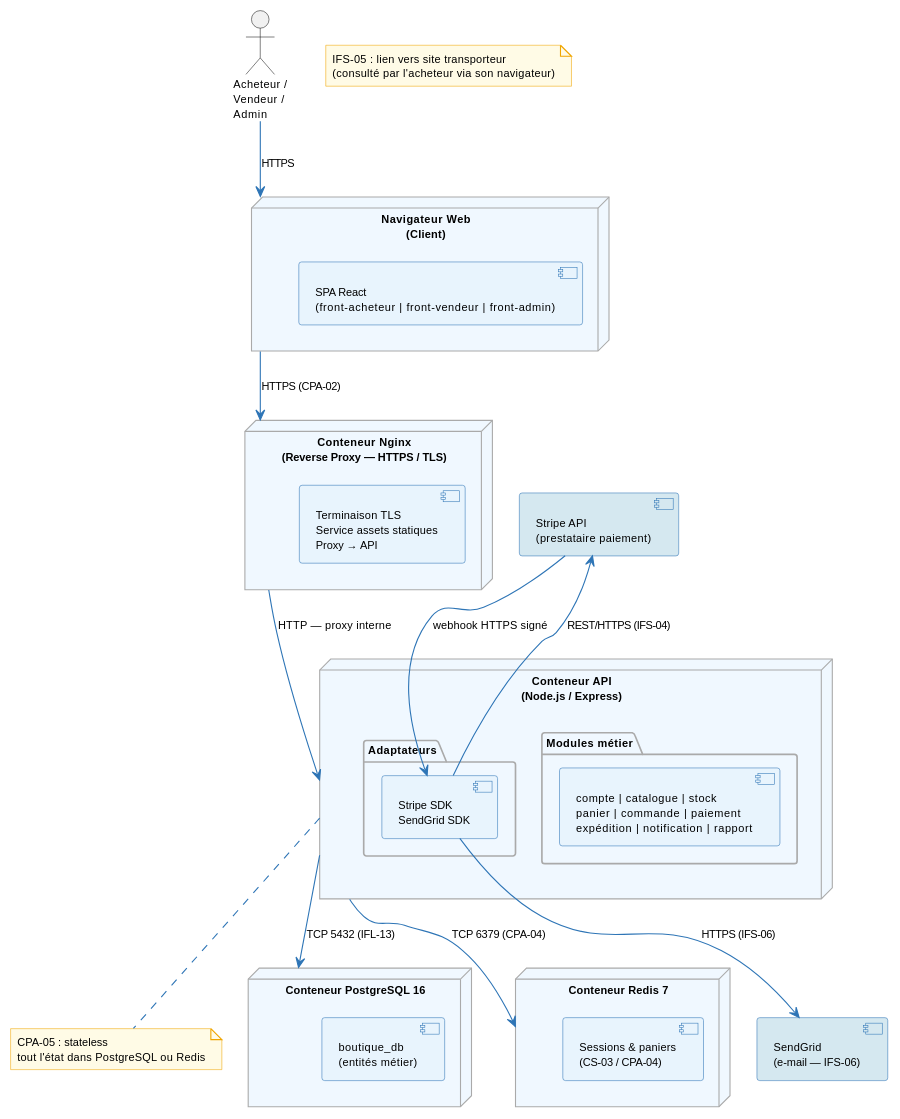
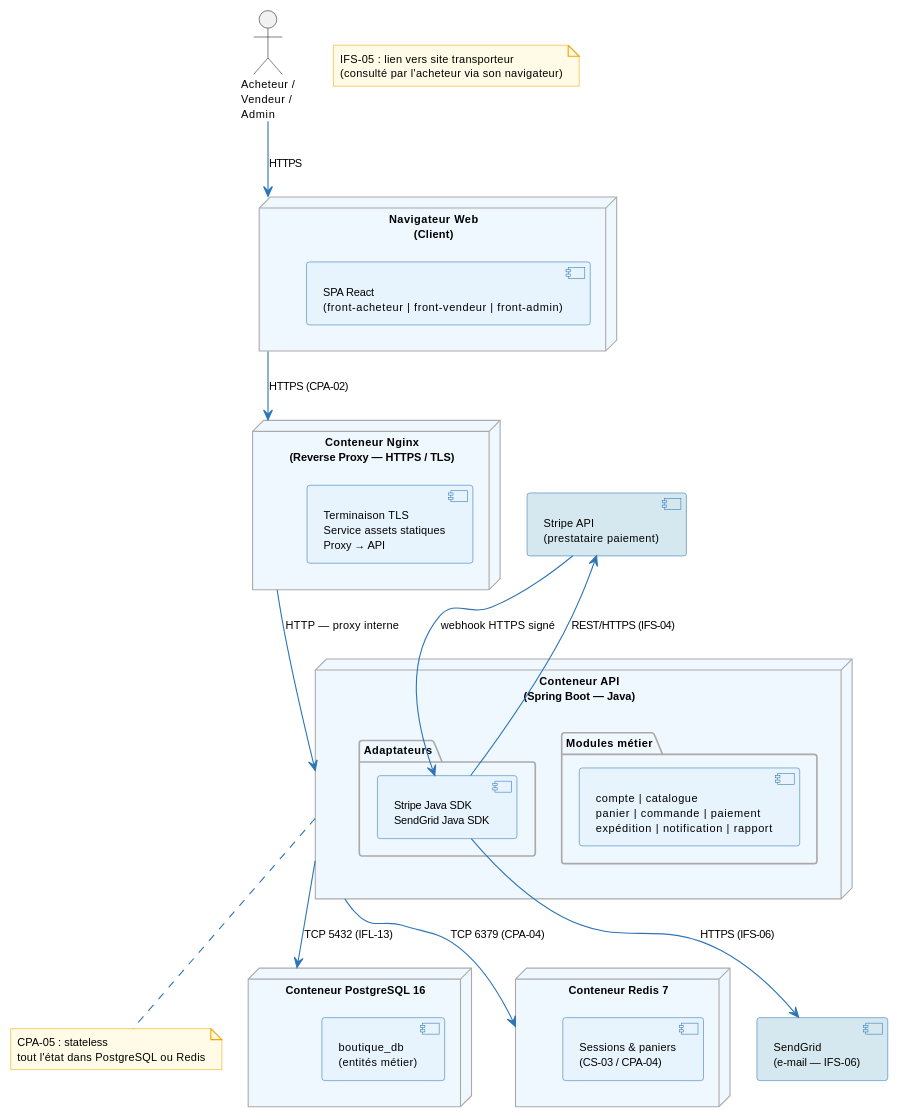
One commit to louistalvande/online_shop changed the first of 4 diagrams in architecture/04-physical-architecture/pa.adoc. Above: the diagram before and after it, drawn with PlantUML. The commit also changed other lines of this file, not shown here.

Commit message:
switch spring hib, api in eng

```diff
--- a/architecture/04-physical-architecture/pa.adoc
+++ b/architecture/04-physical-architecture/pa.adoc
@@ -161,59 +157,59 @@
 [plantuml, pa-deployment, svg]
 ----
 skinparam nodeBackgroundColor #FEFEFE
 skinparam nodeBorderColor #2E75B6
 skinparam componentBackgroundColor #E8F4FD
 skinparam componentBorderColor #2E75B6
 skinparam arrowColor #2E75B6
 skinparam noteBackgroundColor #FFFBE6
 skinparam noteBorderColor #F0A500
 skinparam defaultFontSize 10
 skinparam packageBackgroundColor #F0F8FF
 skinparam packageBorderColor #AAAAAA
 
 actor "Acheteur /\nVendeur /\nAdmin" as User
 
 node "Navigateur Web\n(Client)" as Browser {
   component "SPA React\n(front-acheteur | front-vendeur | front-admin)" as SPA
 }
 
 node "Conteneur Nginx\n(Reverse Proxy — HTTPS / TLS)" as Nginx {
   component "Terminaison TLS\nService assets statiques\nProxy → API" as NginxComp
 }
 
-node "Conteneur API\n(Node.js / Express)" as AppServer {
+node "Conteneur API\n(Spring Boot — Java)" as AppServer {
   package "Modules métier" {
-    component "compte | catalogue | stock\npanier | commande | paiement\nexpédition | notification | rapport" as Modules
+    component "compte | catalogue\npanier | commande | paiement\nexpédition | notification | rapport" as Modules
   }
   package "Adaptateurs" {
-    component "Stripe SDK\nSendGrid SDK" as Adapters
+    component "Stripe Java SDK\nSendGrid Java SDK" as Adapters
   }
 }
 
 node "Conteneur PostgreSQL 16" as DB {
   component "boutique_db\n(entités métier)" as PgDB
 }
 
 node "Conteneur Redis 7" as Cache {
   component "Sessions & paniers\n(CS-03 / CPA-04)" as RedisDB
 }
 
 component "Stripe API\n(prestataire paiement)" as Stripe #D5E8F0
 component "SendGrid\n(e-mail — IFS-06)" as SendGrid #D5E8F0
 
 note "IFS-05 : lien vers site transporteur\n(consulté par l'acheteur via son navigateur)" as NCarrier
 
 User --> Browser : HTTPS
 Browser --> Nginx : HTTPS (CPA-02)
 Nginx --> AppServer : HTTP — proxy interne
 AppServer --> DB : TCP 5432 (IFL-13)
 AppServer --> Cache : TCP 6379 (CPA-04)
 Adapters --> Stripe : REST/HTTPS (IFS-04)
 Stripe --> Adapters : webhook HTTPS signé
 Adapters --> SendGrid : HTTPS (IFS-06)
 
 note bottom of AppServer
   CPA-05 : stateless
   tout l'état dans PostgreSQL ou Redis
 end note
 ----
```
